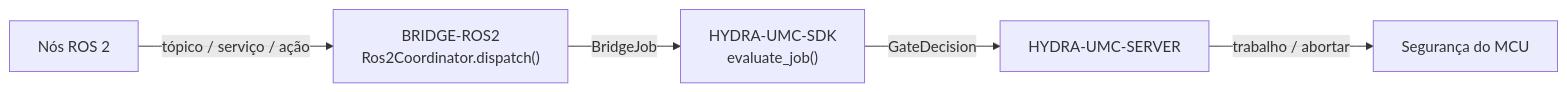
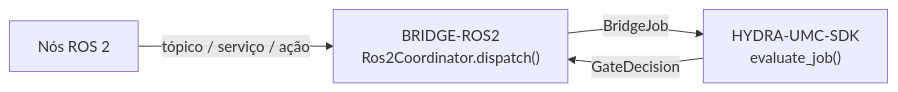
One commit to JuanenRac/HYDRA-UMC-BRIDGE-ROS2 changed the diagram in README_por.md. Above: the diagram before and after it, drawn with Mermaid. The commit also changed other lines of this file and 19 other files, not shown here.

````diff
--- a/README_por.md
+++ b/README_por.md
@@ -48,7 +49,6 @@
 ```mermaid
 flowchart LR
     ROS["Nós ROS 2"] -- "tópico / serviço / ação" --> BRIDGE["BRIDGE-ROS2<br/>Ros2Coordinator.dispatch()"]
     BRIDGE -- BridgeJob --> SDK["HYDRA-UMC-SDK<br/>evaluate_job()"]
-    SDK -- GateDecision --> SERVER["HYDRA-UMC-SERVER"]
-    SERVER -- "trabalho / abortar" --> MCU["Segurança do MCU"]
+    SDK -- GateDecision --> BRIDGE
 ```
````
